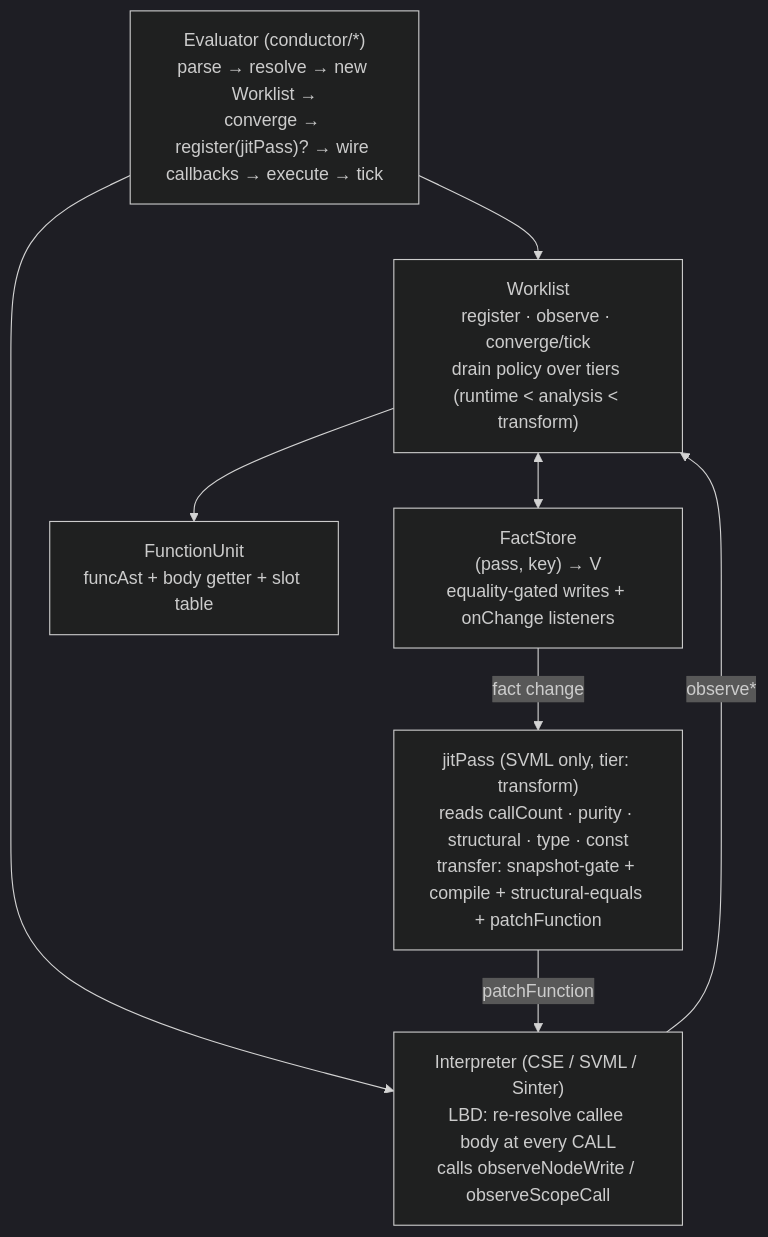
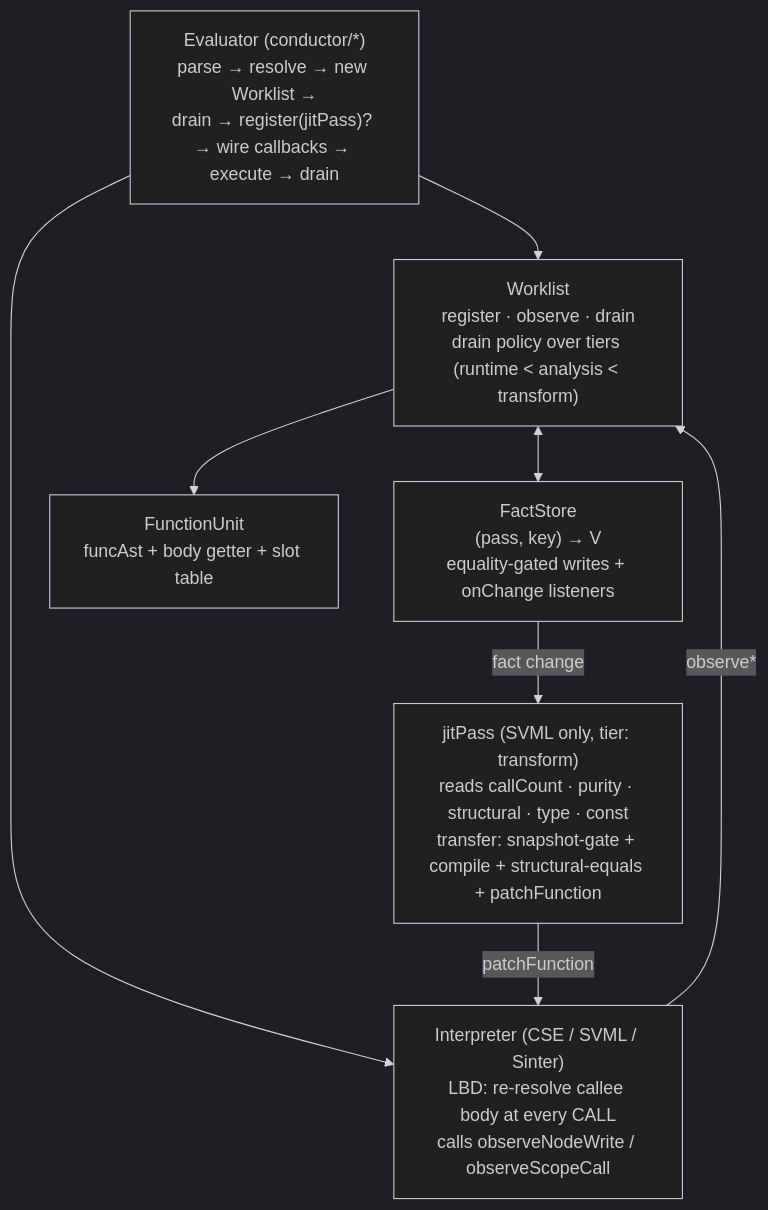
The diagram in docs/optimization-roadmap.md (loyaltypollution/py-slang), drawn with Mermaid (dark theme) before and after one commit. The commit also changed other lines of this file and 44 other files, not shown here.

````diff
--- a/docs/optimization-roadmap.md
+++ b/docs/optimization-roadmap.md
@@ -346,17 +348,17 @@
 ```mermaid
 flowchart TB
-    EV["Evaluator (conductor/*)<br/>parse → resolve → new Worklist →<br/>converge → register(jitPass)? → wire callbacks → execute → tick"]
-    WL["Worklist<br/>register · observe · converge/tick<br/>drain policy over tiers (runtime < analysis < transform)"]
+    EV["Evaluator (conductor/*)<br/>parse → resolve → new Worklist →<br/>drain → register(jitPass)? → wire callbacks → execute → drain"]
+    WL["Worklist<br/>register · observe · drain<br/>drain policy over tiers (runtime < analysis < transform)"]
     FS["FactStore<br/>(pass, key) → V<br/>equality-gated writes + onChange listeners"]
     INT["Interpreter (CSE / SVML / Sinter)<br/>LBD: re-resolve callee body at every CALL<br/>calls observeNodeWrite / observeScopeCall"]
     JITP["jitPass (SVML only, tier: transform)<br/>reads callCount · purity · structural · type · const<br/>transfer: snapshot-gate + compile + structural-equals + patchFunction"]
     FU["FunctionUnit<br/>funcAst + body getter + slot table"]
 
     EV --> WL
     EV --> INT
     INT -- "observe*" --> WL
     WL <--> FS
     FS -- "fact change" --> JITP
     JITP -- "patchFunction" --> INT
     WL --> FU
 ```
````
